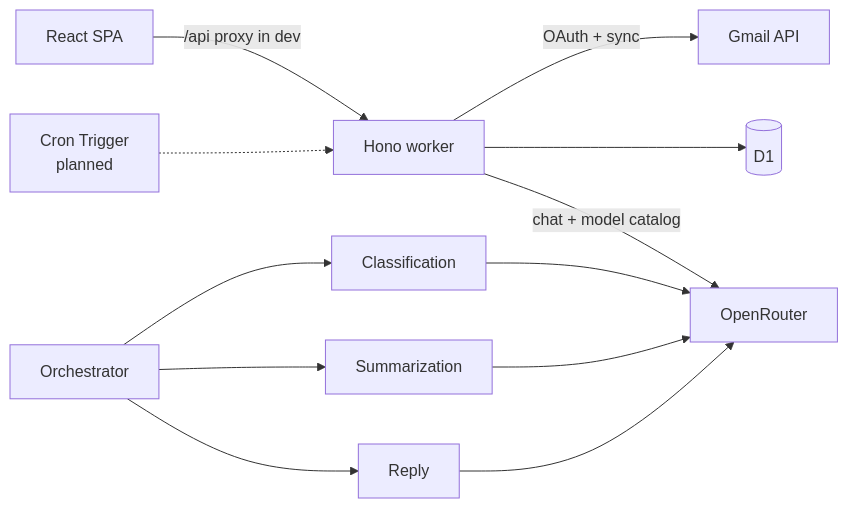
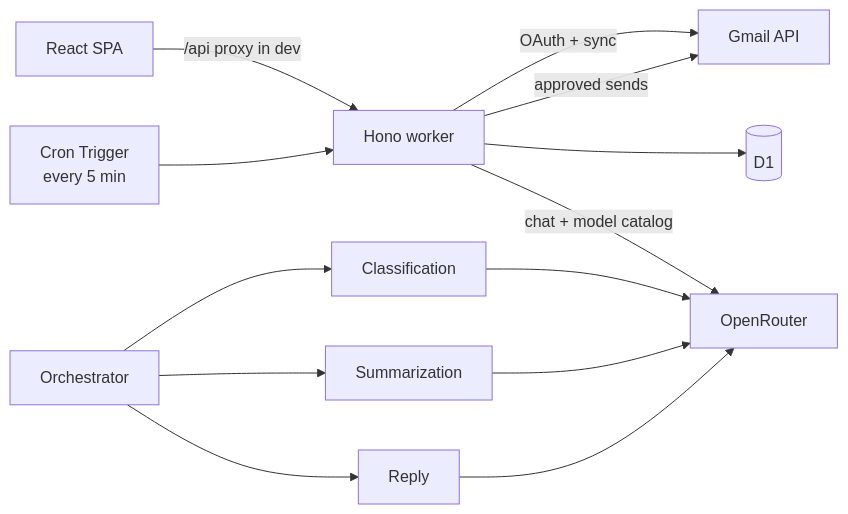
Before and after one commit to rakidoodle/mailpilot-ai: the diagram in README.md, drawn with Mermaid. The commit also changed other lines of this file and 11 other files, not shown here.

Commit message:
feat: add approved scheduling with cron sender

````diff
--- a/README.md
+++ b/README.md
@@ -48,12 +52,13 @@
 ```mermaid
 flowchart LR
   B[React SPA] -->|/api proxy in dev| W[Hono worker]
   W --> D[(D1)]
   W -->|chat + model catalog| O[OpenRouter]
   A[Orchestrator] --> C[Classification]
   A --> S[Summarization]
   A --> R[Reply]
   C & S & R --> O
   W -->|OAuth + sync| G[Gmail API]
-  C2[Cron Trigger<br/>planned] -.-> W
+  W -->|approved sends| G
+  C2[Cron Trigger<br/>every 5 min] --> W
 ```
````
